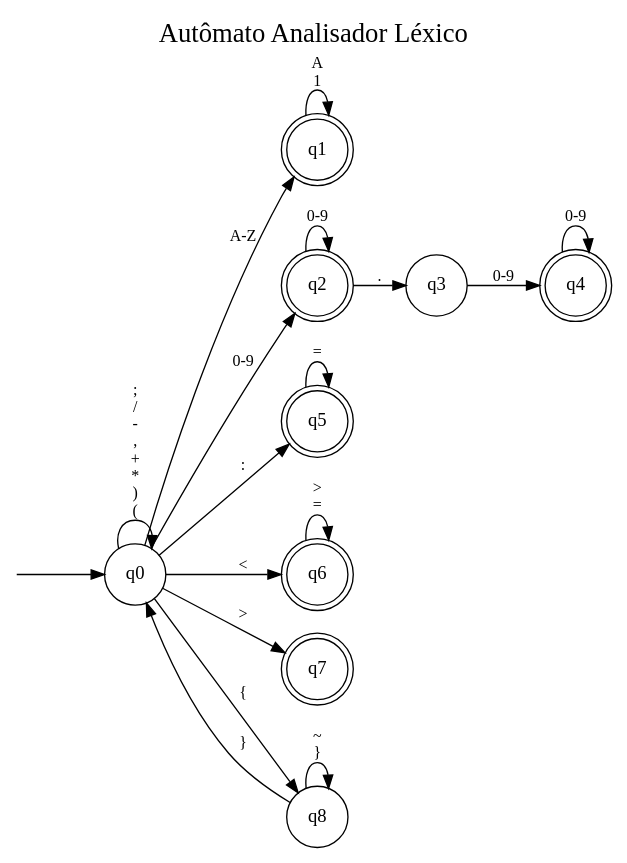
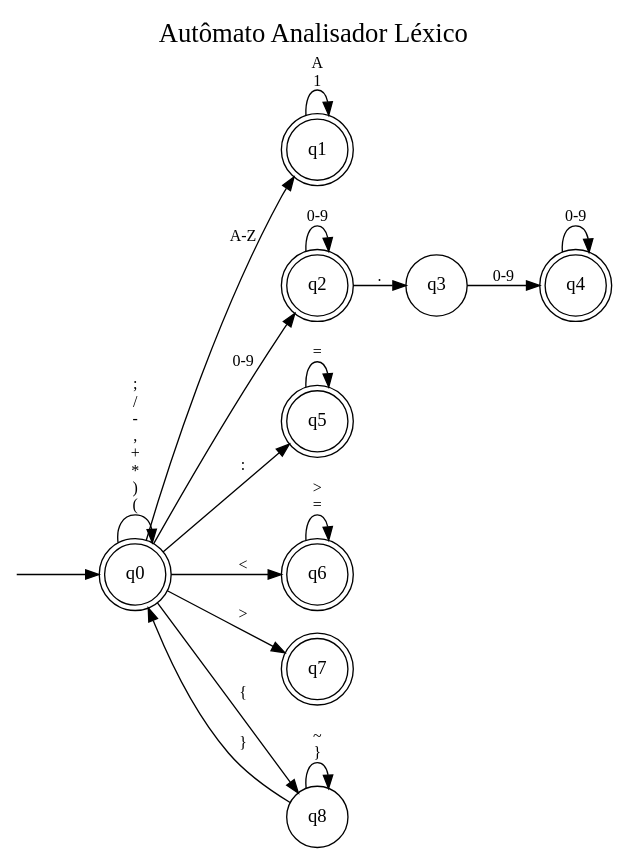
Before and after one commit to gustavo071111/Analisador-Lexico-MicroPascal: the diagram in Analisador-Lexico-MicroPascal/afd/Analisadorlexico.dot, drawn with Graphviz. The commit also changed 4 other files, not shown here.

```diff
--- a/Analisador-Lexico-MicroPascal/afd/Analisadorlexico.dot
+++ b/Analisador-Lexico-MicroPascal/afd/Analisadorlexico.dot
@@ -1,47 +1,47 @@
 digraph AnalisadorLexico {
     // Configurações gerais
     rankdir = LR;
     node [shape = circle, style = filled, fillcolor = "#ffffff", fontsize = 14];
     edge [fontsize = 12];
 
     // Nó de entrada (seta vazia)
     inicio [label="", shape=none, width=0, height=0];
     
     // Definição dos nós de aceitação (círculo duplo)
     node [shape = doublecircle];
-    q1; q2; q4; q5; q6; q7;
+    q0;q1; q2; q4; q5; q6; q7;
 
     // Nós normais
     node [shape = circle];
     q0; q3; q8;
 
     // Transições iniciais
     inicio -> q0;
 
     // q0 e seus desvios (Léxico)
     q0 -> q0 [label = ";\n /\n -\n ,\n +\n *\n )\n (\n",headlabel="", distance=3, angle=60, tailport=nnw, headport=nn];
     q0 -> q1 [label = "A-Z"];
     q0 -> q2 [label = "0-9"];
     q0 -> q5 [label = ":"];
     q0 -> q6 [label = "<"];
     q0 -> q7 [label = ">"];
     q0 -> q8 [label = "{"];
     q8 -> q0 [label = "}"];
 
     // Loops e caminhos específicos
     q1 -> q1 [label = "A\n1"];
     q2 -> q2 [label = "0-9"];
     q2 -> q3 [label = "."];
     q3 -> q4 [label = "0-9"];
     q4 -> q4 [label = "0-9"];
     
     q5 -> q5 [label = "="];
     q6 -> q6 [label = ">\n="];
     
     q8 -> q8 [label = "~\n}"];
 
     // Título do gráfico
     label = "Autômato Analisador Léxico";
     fontsize = 20;
     labelloc = "t";
 }
```
